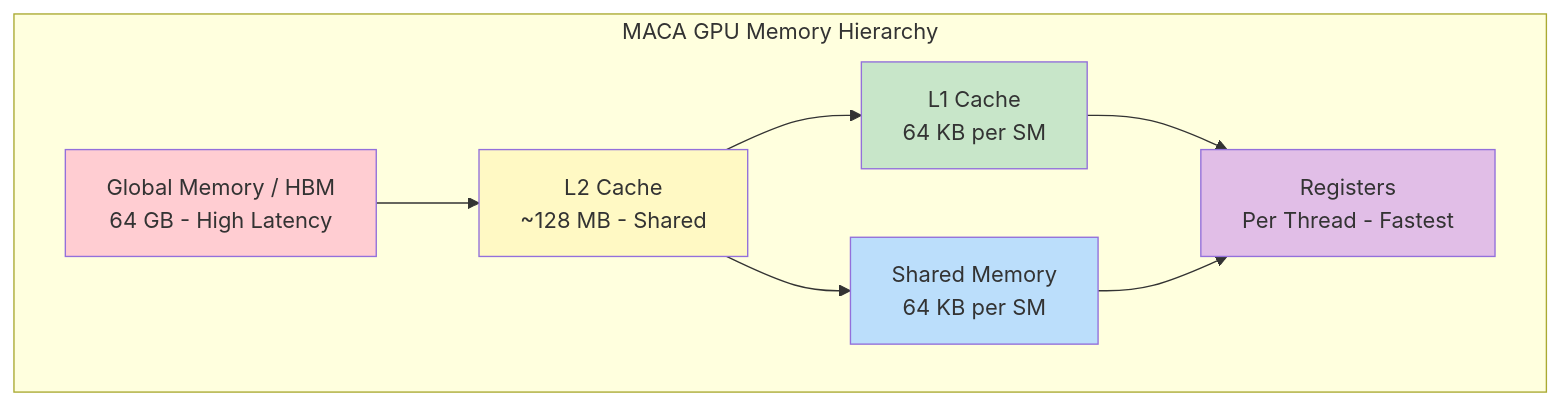
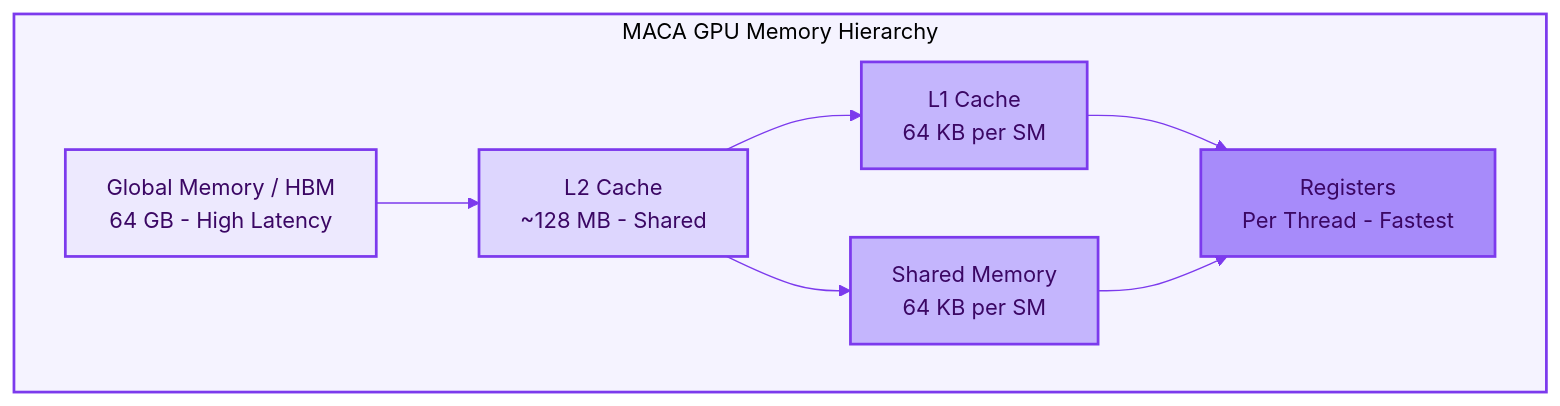
Before and after one commit to chenxingqiang/YiRage: the second of 2 diagrams in docs/maca_complete_guide.md, drawn with Mermaid. The commit also changed other lines of this file and 9 other files, not shown here.

First line of the commit message:
style: unify Mermaid diagrams to minimal purple theme

````diff
--- a/docs/maca_complete_guide.md
+++ b/docs/maca_complete_guide.md
@@ -744,20 +746,22 @@
 ```mermaid
+%%{init: {'theme': 'base', 'themeVariables': { 'primaryColor': '#ede9fe', 'primaryTextColor': '#3b0764', 'lineColor': '#7c3aed'}}}%%
 graph TB
-    subgraph "MACA GPU Memory Hierarchy"
+    subgraph MEM["MACA GPU Memory Hierarchy"]
         A[Global Memory / HBM<br/>64 GB - High Latency]
         B[L2 Cache<br/>~128 MB - Shared]
         C[L1 Cache<br/>64 KB per SM]
         D[Shared Memory<br/>64 KB per SM]
         E[Registers<br/>Per Thread - Fastest]
     end
 
     A --> B
     B --> C & D
     C & D --> E
 
-    style A fill:#ffcdd2
-    style B fill:#fff9c4
-    style C fill:#c8e6c9
-    style D fill:#bbdefb
-    style E fill:#e1bee7
+    style MEM fill:#f5f3ff,stroke:#7c3aed,stroke-width:2px
+    style A fill:#ede9fe,stroke:#7c3aed,stroke-width:2px
+    style B fill:#ddd6fe,stroke:#7c3aed,stroke-width:2px
+    style C fill:#c4b5fd,stroke:#7c3aed,stroke-width:2px
+    style D fill:#c4b5fd,stroke:#7c3aed,stroke-width:2px
+    style E fill:#a78bfa,stroke:#7c3aed,stroke-width:2px
 ```
````
